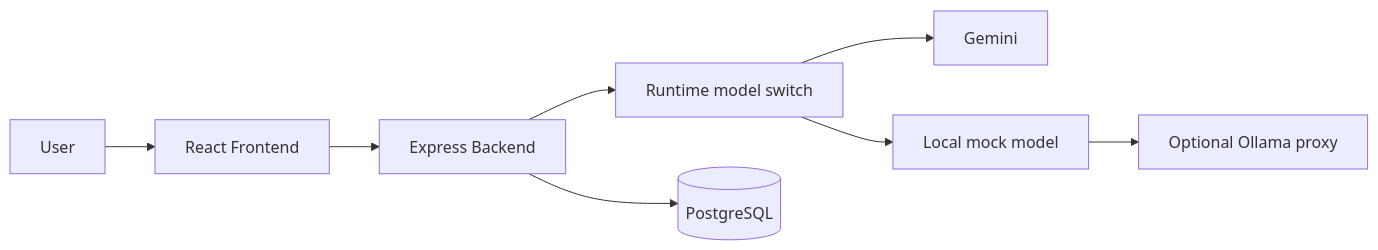
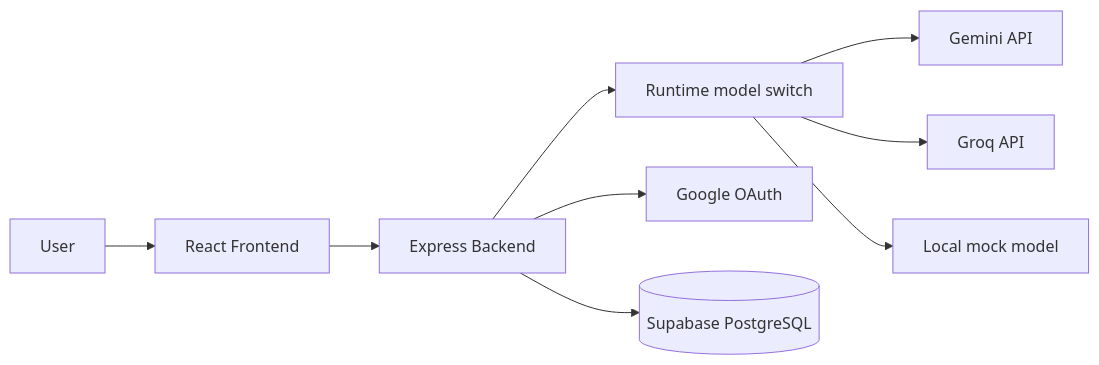
The diagram in README.md (DarkKnight765/mediRAG_), drawn with Mermaid before and after one commit. The commit also changed other lines of this file, not shown here.

Commit message:
docs: update README with Render deployment, Supabase Postgres, Google OAuth, and Groq support

````diff
--- a/README.md
+++ b/README.md
@@ -48,10 +53,11 @@
 ```mermaid
 flowchart LR
   U[User] --> F[React Frontend]
   F --> B[Express Backend]
   B --> M[Runtime model switch]
-  M --> G[Gemini]
+  M --> G[Gemini API]
+  M --> Q[Groq API]
   M --> L[Local mock model]
-  L --> O[Optional Ollama proxy]
-  B --> DB[(PostgreSQL)]
+  B --> Auth[Google OAuth]
+  B --> DB[(Supabase PostgreSQL)]
 ```
````
